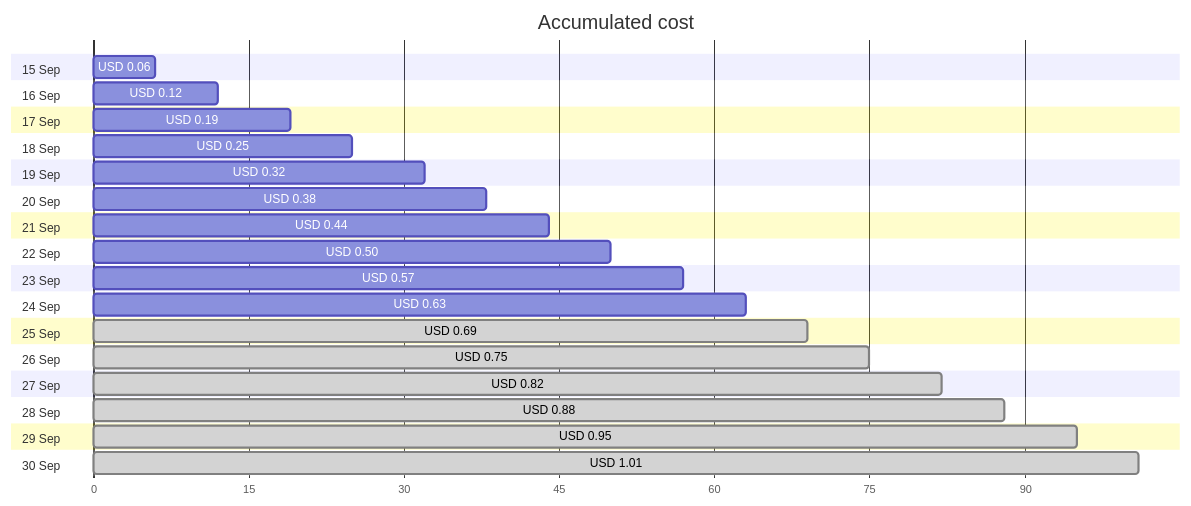
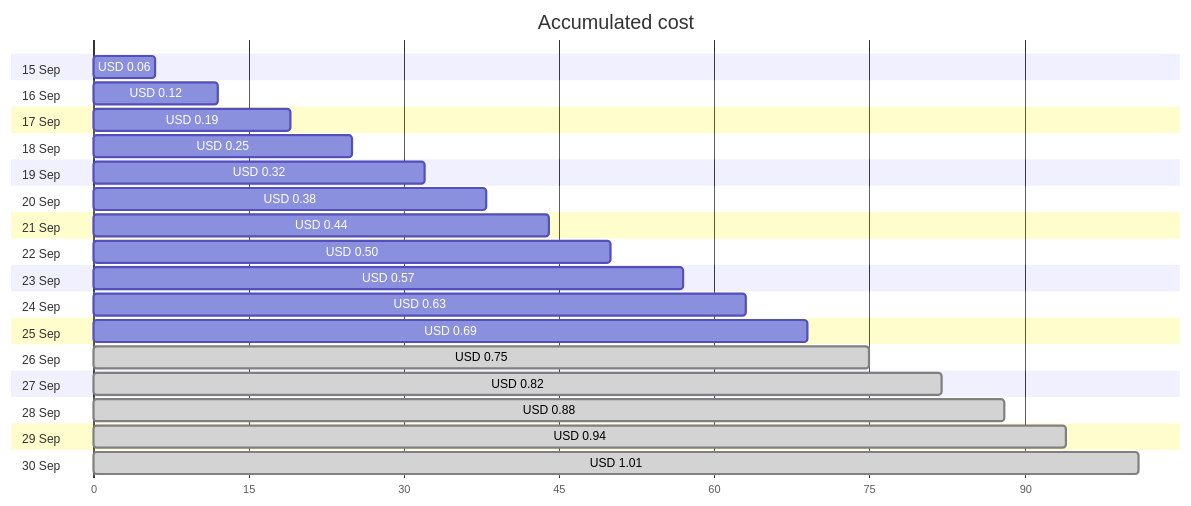
One commit to jpfulton/azure-personal-reports changed the first of 4 diagrams in cost-reports/personal-network/vpn-server_OsDisk.md. Above: the diagram before and after it, drawn with Mermaid. The commit also changed other lines of this file and 9 other files, not shown here.

````diff
--- a/cost-reports/personal-network/vpn-server_OsDisk.md
+++ b/cost-reports/personal-network/vpn-server_OsDisk.md
@@ -20,38 +20,38 @@
 ```mermaid
 gantt
    title Accumulated cost
    dateFormat  X
    axisFormat %s
    section 15 Sep
    USD 0.06 :0, 6
    section 16 Sep
    USD 0.12 :0, 12
    section 17 Sep
    USD 0.19 :0, 19
    section 18 Sep
    USD 0.25 :0, 25
    section 19 Sep
    USD 0.32 :0, 32
    section 20 Sep
    USD 0.38 :0, 38
    section 21 Sep
    USD 0.44 :0, 44
    section 22 Sep
    USD 0.50 :0, 50
    section 23 Sep
    USD 0.57 :0, 57
    section 24 Sep
    USD 0.63 :0, 63
    section 25 Sep
-   USD 0.69 : done, 0, 69
+   USD 0.69 :0, 69
    section 26 Sep
    USD 0.75 : done, 0, 75
    section 27 Sep
    USD 0.82 : done, 0, 82
    section 28 Sep
    USD 0.88 : done, 0, 88
    section 29 Sep
-   USD 0.95 : done, 0, 95
+   USD 0.94 : done, 0, 94
    section 30 Sep
    USD 1.01 : done, 0, 101
 ```
````
